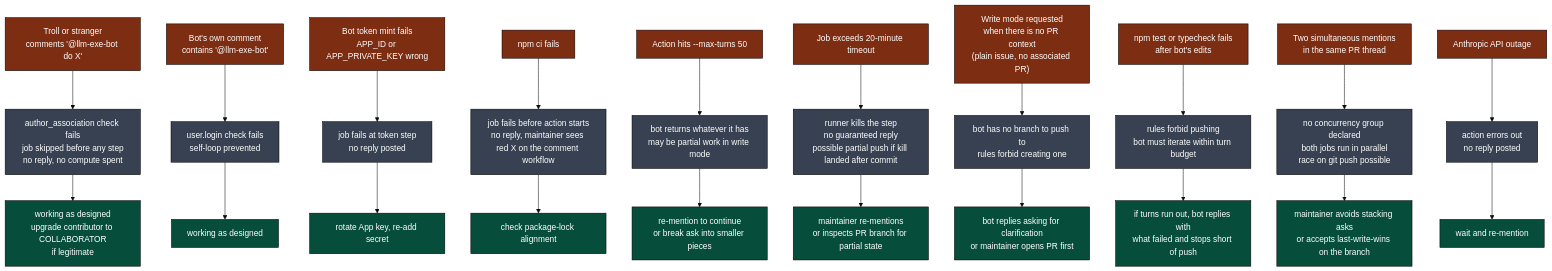
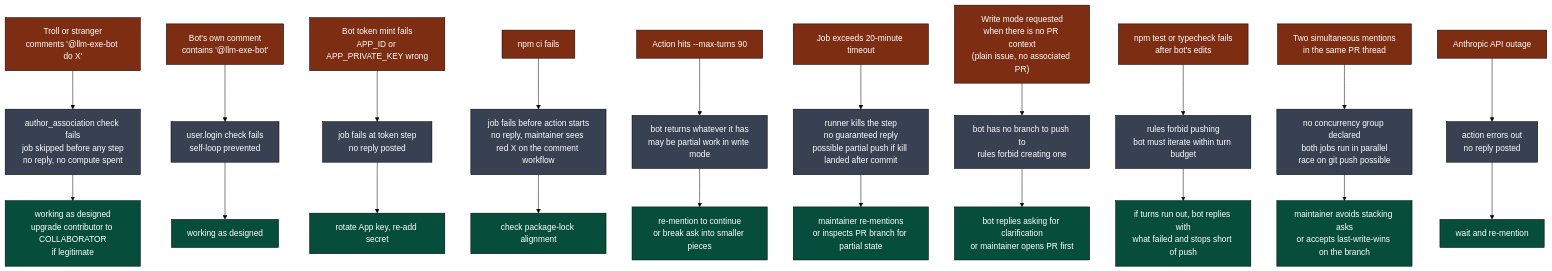
One commit to llm-exe/llm-exe changed diagram 12 of 13 in .github/docs/BOT_RESPOND_DEEP_DIVE.md. Above: the diagram before and after it, drawn with Mermaid (base theme). The commit also changed other lines of this file and 2 other files, not shown here.

First line of the commit message:
docs: sync bot-respond deep dive after max-turns bump to 90

````diff
--- a/.github/docs/BOT_RESPOND_DEEP_DIVE.md
+++ b/.github/docs/BOT_RESPOND_DEEP_DIVE.md
@@ -520,46 +520,46 @@
 ```mermaid
 flowchart TB
     classDef fail fill:#7c2d12,color:#fff,stroke:#000
     classDef effect fill:#374151,color:#fff,stroke:#000
     classDef fix fill:#064e3b,color:#fff,stroke:#000
 
     F1["Troll or stranger\ncomments '@llm-exe-bot do X'"]:::fail
     F1 --> F1E["author_association check fails\njob skipped before any step\nno reply, no compute spent"]:::effect
     F1E --> F1X["working as designed\nupgrade contributor to COLLABORATOR\nif legitimate"]:::fix
 
     F2["Bot's own comment\ncontains '@llm-exe-bot'"]:::fail
     F2 --> F2E["user.login check fails\nself-loop prevented"]:::effect
     F2E --> F2X["working as designed"]:::fix
 
     F3["Bot token mint fails\nAPP_ID or APP_PRIVATE_KEY wrong"]:::fail
     F3 --> F3E["job fails at token step\nno reply posted"]:::effect
     F3E --> F3X["rotate App key, re-add secret"]:::fix
 
     F4["npm ci fails"]:::fail
     F4 --> F4E["job fails before action starts\nno reply, maintainer sees red X on the comment workflow"]:::effect
     F4E --> F4X["check package-lock alignment"]:::fix
 
-    F5["Action hits --max-turns 50"]:::fail
+    F5["Action hits --max-turns 90"]:::fail
     F5 --> F5E["bot returns whatever it has\nmay be partial work in write mode"]:::effect
     F5E --> F5X["re-mention to continue\nor break ask into smaller pieces"]:::fix
 
     F6["Job exceeds 20-minute timeout"]:::fail
     F6 --> F6E["runner kills the step\nno guaranteed reply\npossible partial push if kill landed after commit"]:::effect
     F6E --> F6X["maintainer re-mentions\nor inspects PR branch for partial state"]:::fix
 
     F7["Write mode requested\nwhen there is no PR context\n(plain issue, no associated PR)"]:::fail
     F7 --> F7E["bot has no branch to push to\nrules forbid creating one"]:::effect
     F7E --> F7X["bot replies asking for clarification\nor maintainer opens PR first"]:::fix
 
     F8["npm test or typecheck fails\nafter bot's edits"]:::fail
     F8 --> F8E["rules forbid pushing\nbot must iterate within turn budget"]:::effect
     F8E --> F8X["if turns run out, bot replies with\nwhat failed and stops short of push"]:::fix
 
     F9["Two simultaneous mentions\nin the same PR thread"]:::fail
     F9 --> F9E["no concurrency group declared\nboth jobs run in parallel\nrace on git push possible"]:::effect
     F9E --> F9X["maintainer avoids stacking asks\nor accepts last-write-wins on the branch"]:::fix
 
     F10["Anthropic API outage"]:::fail
     F10 --> F10E["action errors out\nno reply posted"]:::effect
     F10E --> F10X["wait and re-mention"]:::fix
 ```
````
